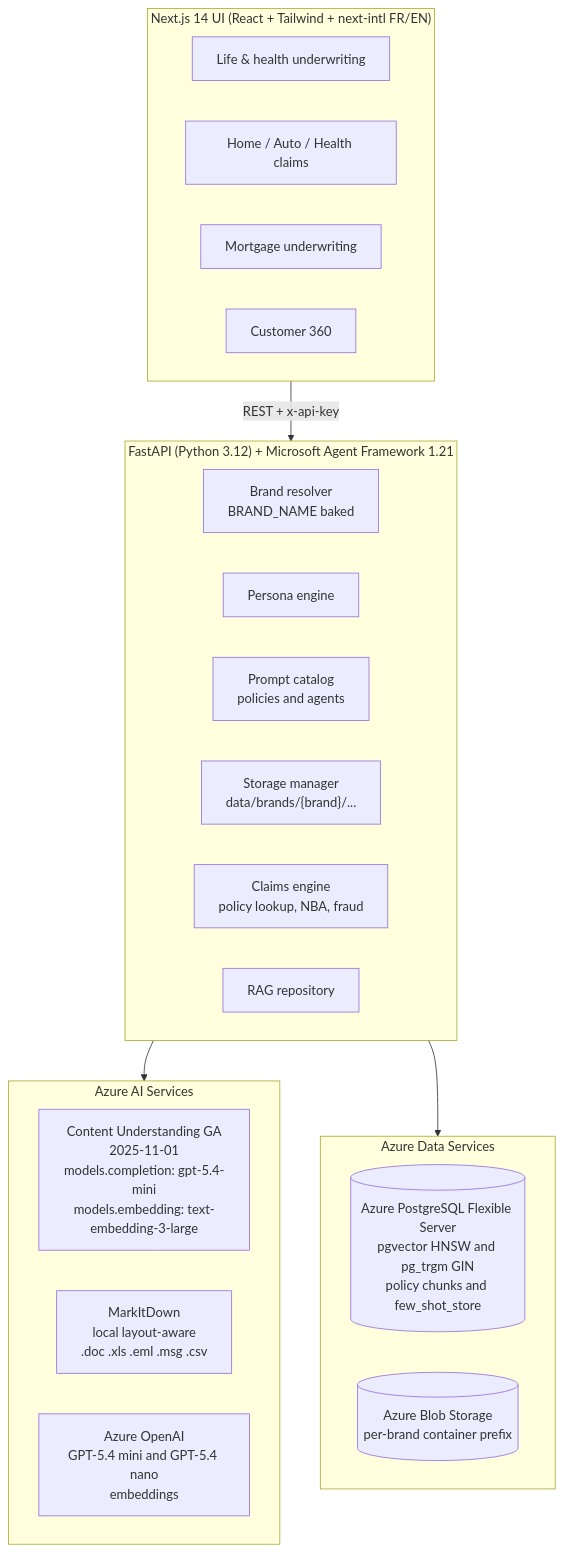
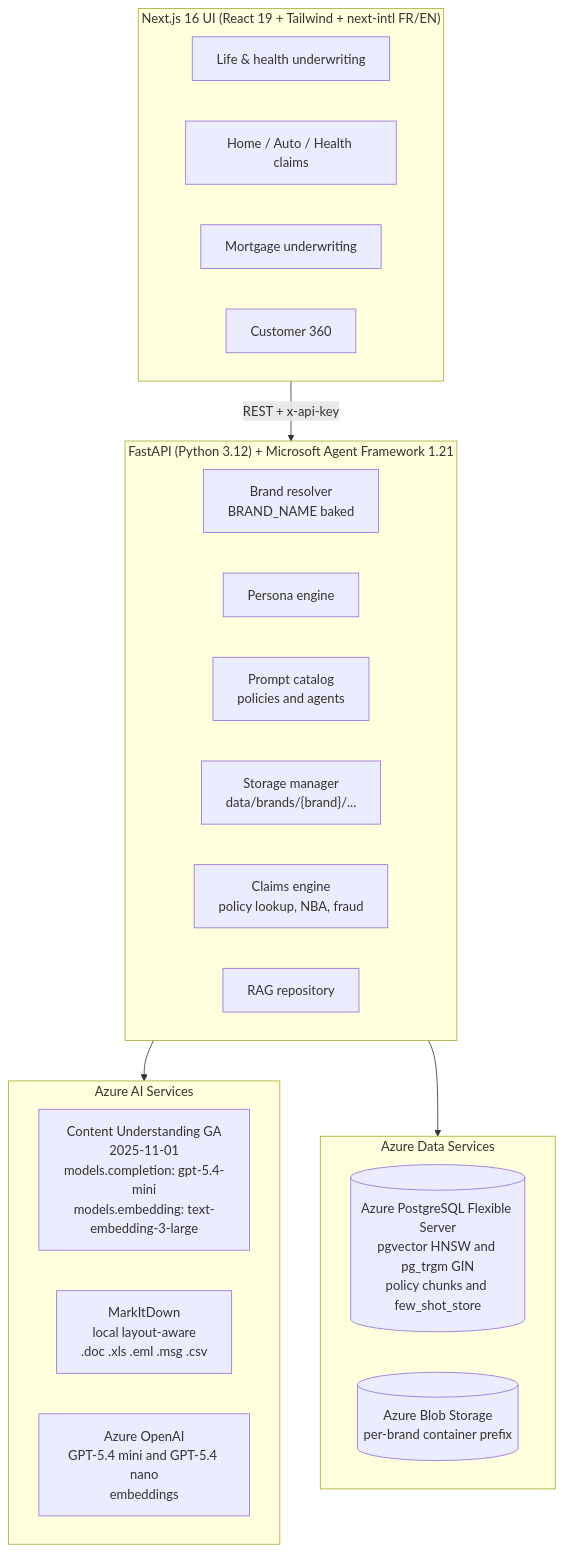
The first of 2 diagrams in docs/architecture.md (olivMertens/PrevaIq), drawn with Mermaid before and after one commit. The commit also changed other lines of this file and 3 other files, not shown here.

First line of the commit message:
docs: new Azure architecture overview with Foundry connections and Azure icons

````diff
--- a/docs/architecture.md
+++ b/docs/architecture.md
@@ -7,36 +7,36 @@
 ```mermaid
 flowchart TB
-    subgraph UI["Next.js 14 UI (React + Tailwind + next-intl FR/EN)"]
+    subgraph UI["Next.js 16 UI (React 19 + Tailwind + next-intl FR/EN)"]
         P1["Life & health underwriting"]
         P2["Home / Auto / Health claims"]
         P3["Mortgage underwriting"]
         P4["Customer 360"]
     end
 
     UI -->|"REST + x-api-key"| API
 
     subgraph API["FastAPI (Python 3.12) + Microsoft Agent Framework 1.21"]
         Brand["Brand resolver<br/>BRAND_NAME baked"]
         Persona["Persona engine"]
         Prompts["Prompt catalog<br/>policies and agents"]
         Storage["Storage manager<br/>data/brands/{brand}/..."]
         Claims["Claims engine<br/>policy lookup, NBA, fraud"]
         RAG["RAG repository"]
     end
 
     API --> Azure
 
     subgraph Azure["Azure AI Services"]
         CU["Content Understanding GA<br/>2025-11-01<br/>models.completion: gpt-5.4-mini<br/>models.embedding: text-embedding-3-large"]
         MD["MarkItDown<br/>local layout-aware<br/>.doc .xls .eml .msg .csv"]
         OAI["Azure OpenAI<br/>GPT-5.4 mini and GPT-5.4 nano<br/>embeddings"]
     end
 
     API --> Data
 
     subgraph Data["Azure Data Services"]
         PG[("Azure PostgreSQL Flexible Server<br/>pgvector HNSW and pg_trgm GIN<br/>policy chunks and few_shot_store")]
         Blob[("Azure Blob Storage<br/>per-brand container prefix")]
     end
 
 ```
````
